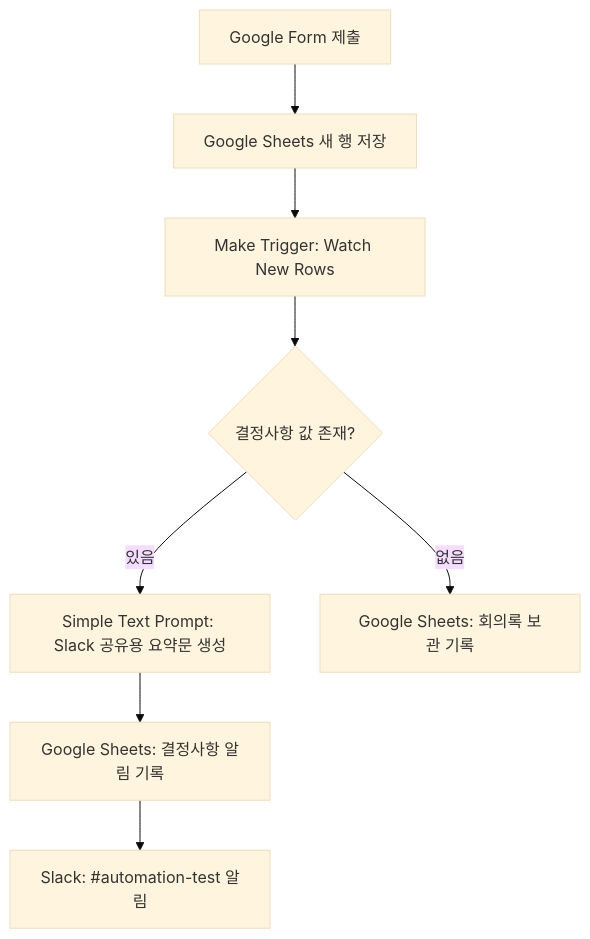
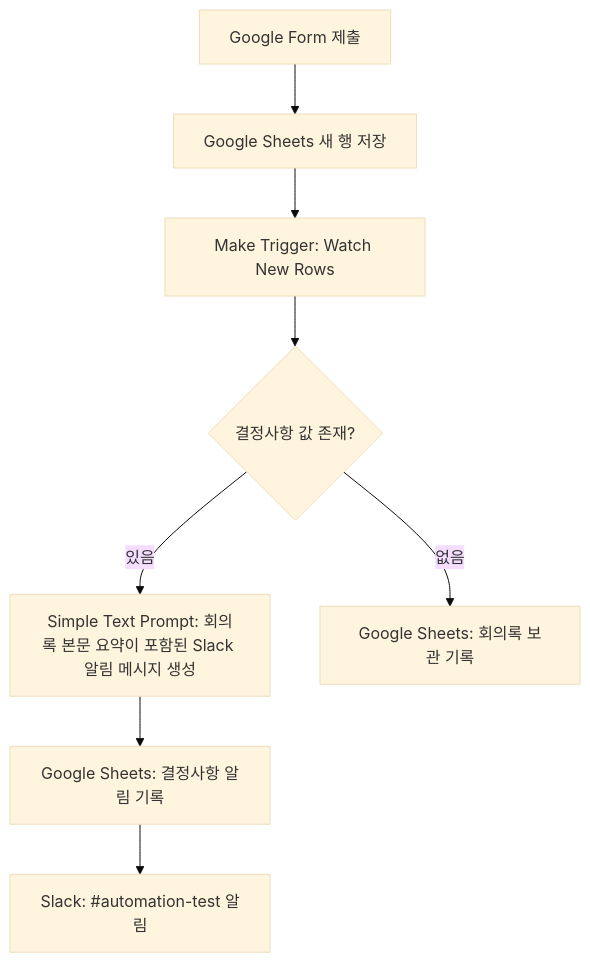
Before and after one commit to yijuhong/no-code-automation-workflow-design-basics: the diagram in project2/README.md, drawn with Mermaid (base theme). The commit also changed other lines of this file, not shown here.

````diff
--- a/project2/README.md
+++ b/project2/README.md
@@ -98,10 +98,10 @@
 ```mermaid
 flowchart TD
     A["Google Form 제출"] --> B["Google Sheets 새 행 저장"]
     B --> C["Make Trigger: Watch New Rows"]
     C --> D{"결정사항 값 존재?"}
-    D -->|있음| E["Simple Text Prompt: Slack 공유용 요약문 생성"]
+    D -->|있음| E["Simple Text Prompt: 회의록 본문 요약이 포함된 Slack 알림 메시지 생성"]
     E --> F["Google Sheets: 결정사항 알림 기록"]
     F --> G["Slack: #automation-test 알림"]
     D -->|없음| H["Google Sheets: 회의록 보관 기록"]
 ```
````
